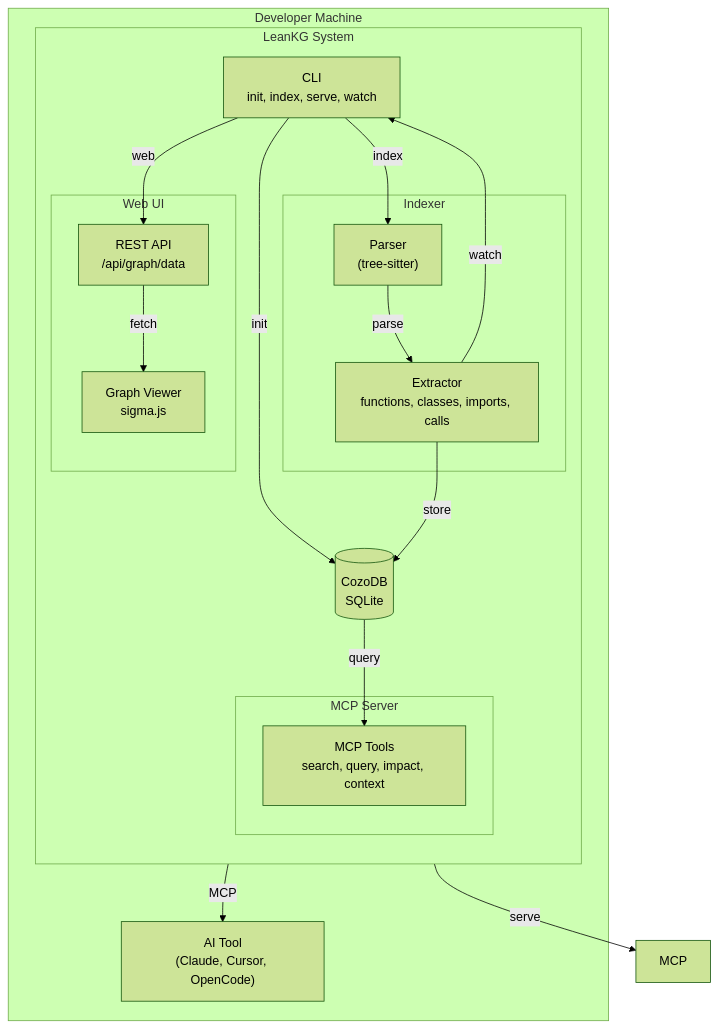
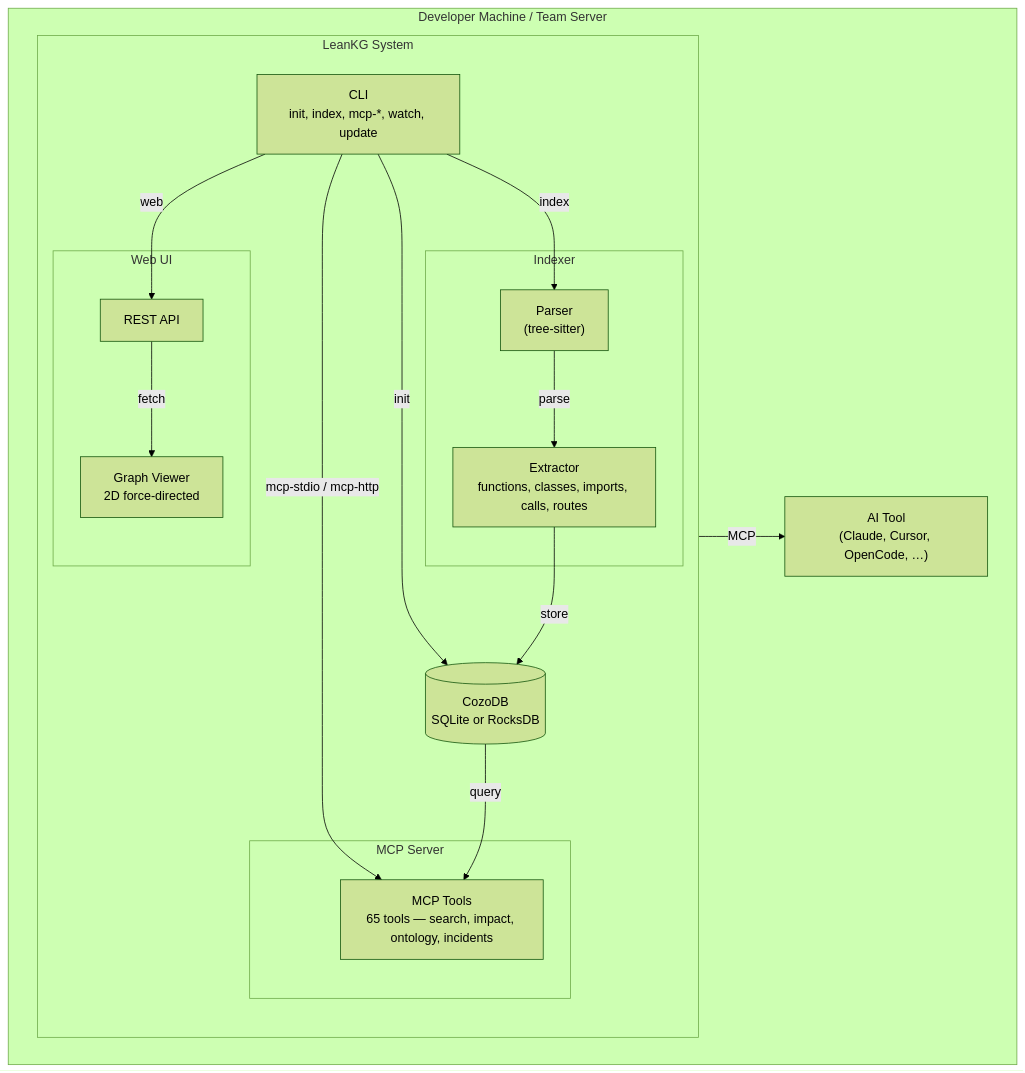
One commit to FreePeak/LeanKG changed the first of 2 diagrams in docs/architecture.md. Above: the diagram before and after it, drawn with Mermaid (forest theme). The commit also changed other lines of this file and 15 other files, not shown here.

````diff
--- a/docs/architecture.md
+++ b/docs/architecture.md
@@ -7,38 +9,37 @@
 ```mermaid
 graph TB
-    subgraph "Developer Machine"
+    subgraph "Developer Machine / Team Server"
         subgraph "LeanKG System"
             direction TB
-            CLI["CLI<br/>init, index, serve, watch"]
+            CLI["CLI<br/>init, index, mcp-*, watch, update"]
 
             subgraph "Indexer"
                 Parser["Parser<br/>(tree-sitter)"]
-                Extractor["Extractor<br/>functions, classes, imports, calls"]
+                Extractor["Extractor<br/>functions, classes, imports, calls, routes"]
             end
 
-            DB[("CozoDB<br/>SQLite")]
+            DB[("CozoDB<br/>SQLite or RocksDB")]
 
             subgraph "MCP Server"
-                Tools["MCP Tools<br/>search, query, impact, context"]
+                Tools["MCP Tools<br/>65 tools — search, impact, ontology, incidents"]
             end
 
             subgraph "Web UI"
-                Graph["Graph Viewer<br/>sigma.js"]
-                API["REST API<br/>/api/graph/data"]
+                Graph["Graph Viewer<br/>2D force-directed"]
+                API["REST API"]
             end
         end
 
-        AI["AI Tool<br/>(Claude, Cursor, OpenCode)"]
+        AI["AI Tool<br/>(Claude, Cursor, OpenCode, …)"]
     end
 
     CLI -->|init| DB
     CLI -->|index| Parser
     Parser -->|parse| Extractor
     Extractor -->|store| DB
-    CLI -->|serve| MCP
+    CLI -->|mcp-stdio / mcp-http| Tools
     DB -->|query| Tools
     Tools -->|MCP| AI
     CLI -->|web| API
     API -->|fetch| Graph
-    Extractor -->|watch| CLI
 ```
````
